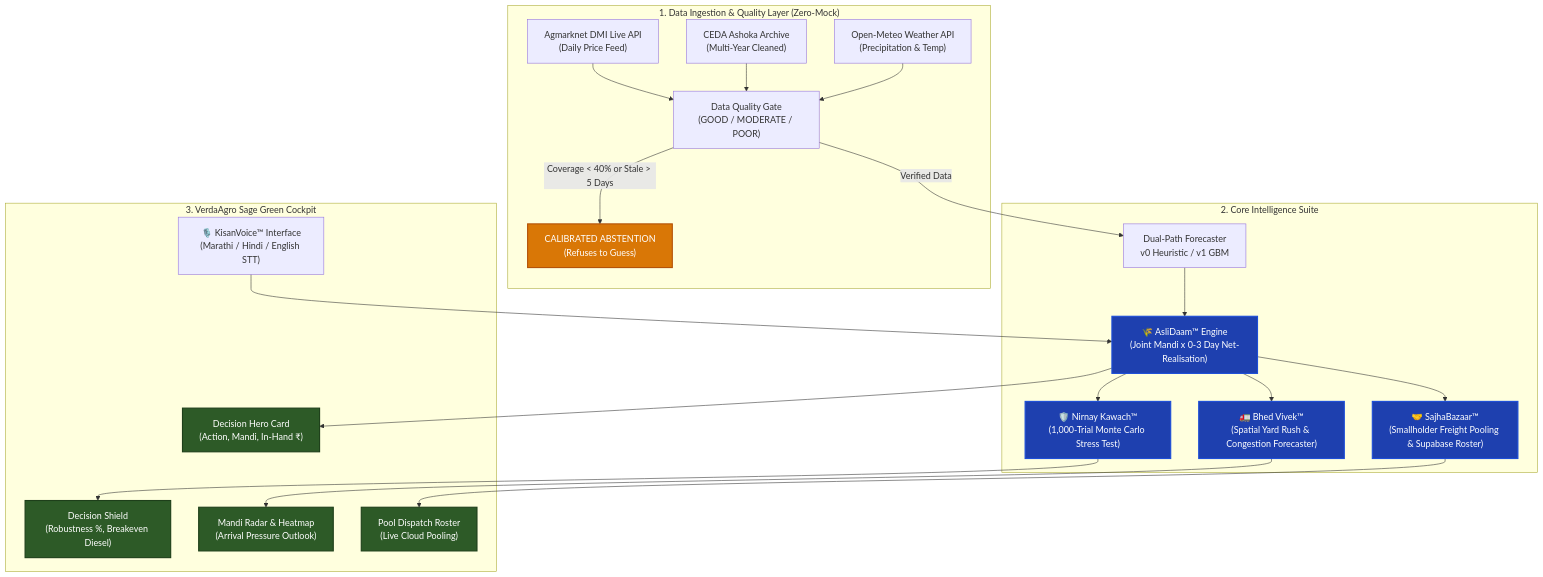
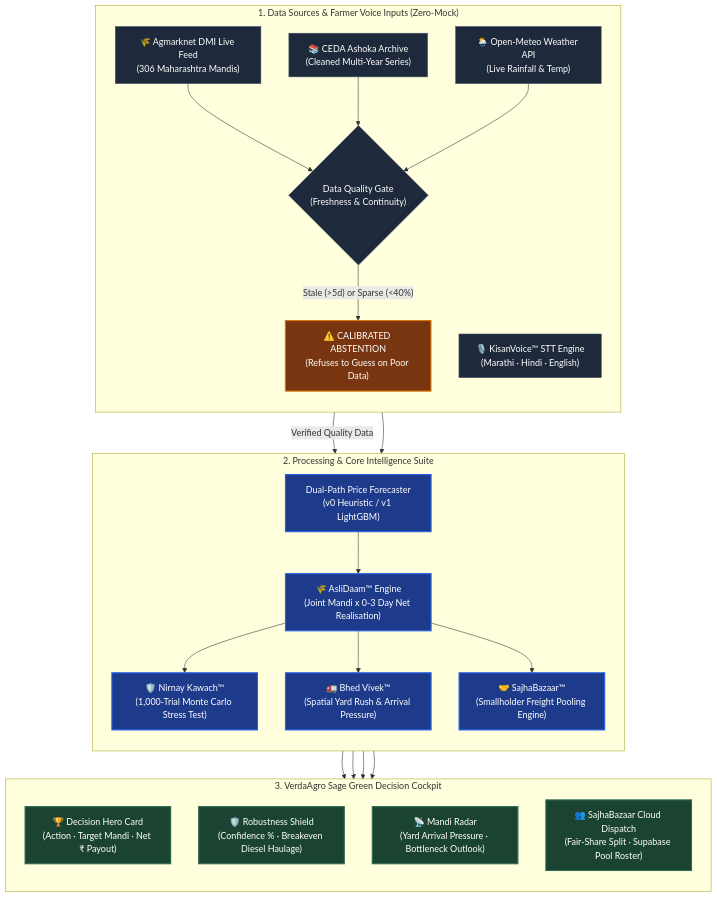
Before and after one commit to amey-bauchkar/SIC2: the diagram in README.md, drawn with Mermaid. The commit also changed other lines of this file, not shown here.

Commit message:
fix(docs): resolve LaTeX superscript parsing error and verticalize Mermaid architecture diagram

````diff
--- a/README.md
+++ b/README.md
@@ -206,32 +206,47 @@
 ```mermaid
 flowchart TD
-    subgraph DataIngestion ["1. Data Ingestion & Quality Layer (Zero-Mock)"]
-        A1["Agmarknet DMI Live API\n(Daily Price Feed)"] --> B1["Data Quality Gate\n(GOOD / MODERATE / POOR)"]
-        A2["CEDA Ashoka Archive\n(Multi-Year Cleaned)"] --> B1
-        A3["Open-Meteo Weather API\n(Precipitation & Temp)"] --> B1
-        B1 -- "Coverage < 40% or Stale > 5 Days" --> B2["CALIBRATED ABSTENTION\n(Refuses to Guess)"]
+    %% 1. Ingestion & Inputs (Top Layer)
+    subgraph S1 ["1. Data Sources & Farmer Voice Inputs (Zero-Mock)"]
+        direction TB
+        A1["🌾 Agmarknet DMI Live Feed\n(306 Maharashtra Mandis)"]
+        A2["📚 CEDA Ashoka Archive\n(Cleaned Multi-Year Series)"]
+        A3["🌦️ Open-Meteo Weather API\n(Live Rainfall & Temp)"]
+        IN_VOICE["🎙️ KisanVoice™ STT Engine\n(Marathi · Hindi · English)"]
+        
+        A1 --> GATE{"Data Quality Gate\n(Freshness & Continuity)"}
+        A2 --> GATE
+        A3 --> GATE
+        GATE -- "Stale (>5d) or Sparse (<40%)" --> ABSTAIN["⚠️ CALIBRATED ABSTENTION\n(Refuses to Guess on Poor Data)"]
     end
 
-    subgraph CoreEngines ["2. Core Intelligence Suite"]
-        B1 -- "Verified Data" --> C1["Dual-Path Forecaster\nv0 Heuristic / v1 GBM"]
-        C1 --> D1["🌾 AsliDaam™ Engine\n(Joint Mandi x 0-3 Day Net-Realisation)"]
-        D1 --> D2["🛡️ Nirnay Kawach™\n(1,000-Trial Monte Carlo Stress Test)"]
-        D1 --> D3["🚛 Bhed Vivek™\n(Spatial Yard Rush & Congestion Forecaster)"]
-        D1 --> D4["🤝 SajhaBazaar™\n(Smallholder Freight Pooling & Supabase Roster)"]
+    %% 2. Processing & Core Intelligence (Middle Layer)
+    subgraph S2 ["2. Processing & Core Intelligence Suite"]
+        direction TB
+        GATE -- "Verified Quality Data" --> FORECAST["Dual-Path Price Forecaster\n(v0 Heuristic / v1 LightGBM)"]
+        IN_VOICE --> ASLI
+        FORECAST --> ASLI["🌾 AsliDaam™ Engine\n(Joint Mandi x 0-3 Day Net Realisation)"]
+
+        ASLI --> KAWACH["🛡️ Nirnay Kawach™\n(1,000-Trial Monte Carlo Stress Test)"]
+        ASLI --> BHED["🚛 Bhed Vivek™\n(Spatial Yard Rush & Arrival Pressure)"]
+        ASLI --> SAJHA["🤝 SajhaBazaar™\n(Smallholder Freight Pooling Engine)"]
     end
 
-    subgraph UserExperience ["3. VerdaAgro Sage Green Cockpit"]
-        E1["🎙️ KisanVoice™ Interface\n(Marathi / Hindi / English STT)"] --> D1
-        D1 --> F1["Decision Hero Card\n(Action, Mandi, In-Hand ₹)"]
-        D2 --> F2["Decision Shield\n(Robustness %, Breakeven Diesel)"]
-        D3 --> F3["Mandi Radar & Heatmap\n(Arrival Pressure Outlook)"]
-        D4 --> F4["Pool Dispatch Roster\n(Live Cloud Pooling)"]
+    %% 3. Output Cockpit (Bottom Layer)
+    subgraph S3 ["3. VerdaAgro Sage Green Decision Cockpit"]
+        direction TB
+        ASLI --> OUT1["🏆 Decision Hero Card\n(Action · Target Mandi · Net ₹ Payout)"]
+        KAWACH --> OUT2["🛡️ Robustness Shield\n(Confidence % · Breakeven Diesel Haulage)"]
+        BHED --> OUT3["📡 Mandi Radar\n(Yard Arrival Pressure · Bottleneck Outlook)"]
+        SAJHA --> OUT4["👥 SajhaBazaar Cloud Dispatch\n(Fair-Share Split · Supabase Pool Roster)"]
     end
 
-    classDef green fill:#2d5a27,stroke:#1e3f1a,stroke-width:2px,color:#fff;
-    classDef orange fill:#d97706,stroke:#b45309,stroke-width:2px,color:#fff;
-    classDef blue fill:#1e40af,stroke:#1d4ed8,stroke-width:2px,color:#fff;
-    class F1,F2,F3,F4 green;
-    class B2 orange;
-    class D1,D2,D3,D4 blue;
+    classDef greenCard fill:#1b4332,stroke:#2d6a4f,stroke-width:2px,color:#fff;
+    classDef blueEngine fill:#1e3a8a,stroke:#2563eb,stroke-width:2px,color:#fff;
+    classDef warnNode fill:#78350f,stroke:#d97706,stroke-width:2px,color:#fff;
+    classDef feedNode fill:#1e293b,stroke:#475569,stroke-width:1px,color:#fff;
+
+    class OUT1,OUT2,OUT3,OUT4 greenCard;
+    class ASLI,KAWACH,BHED,SAJHA,FORECAST blueEngine;
+    class ABSTAIN warnNode;
+    class A1,A2,A3,IN_VOICE,GATE feedNode;
 ```
````
